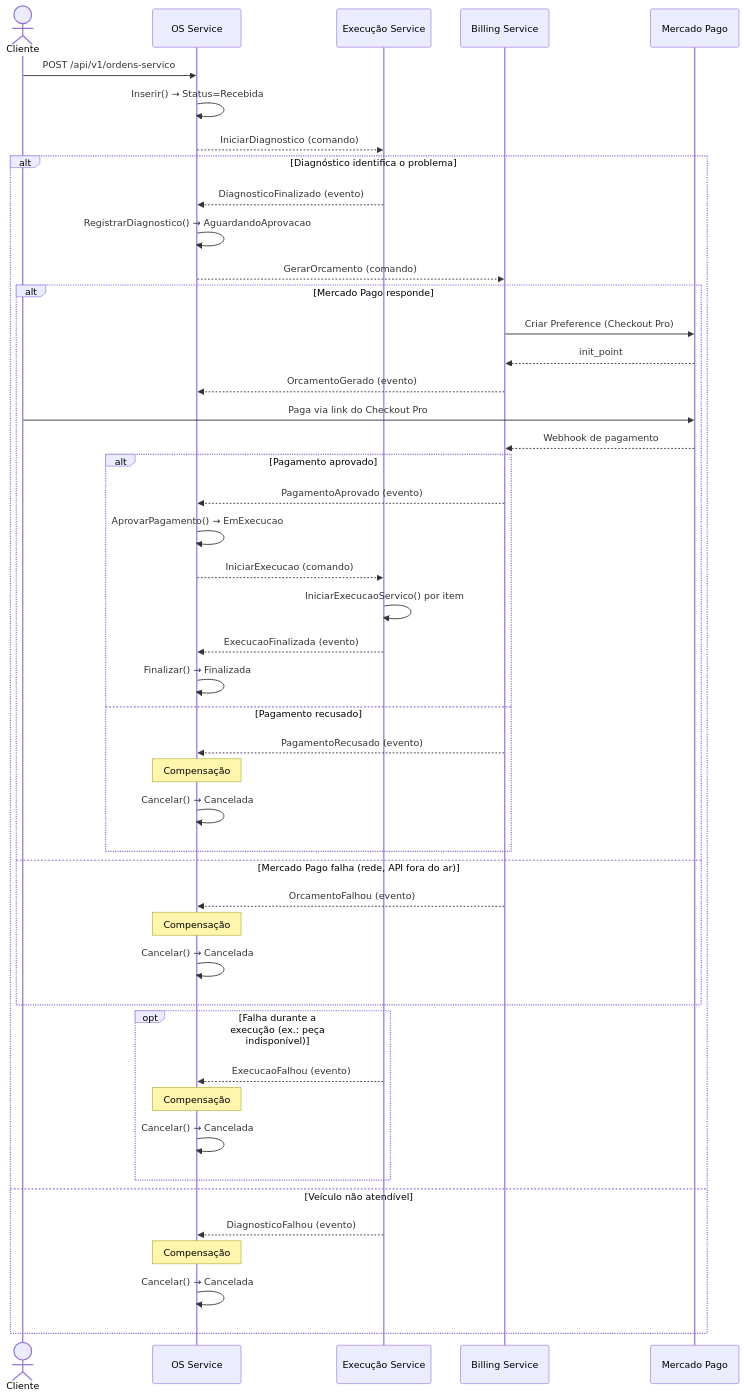
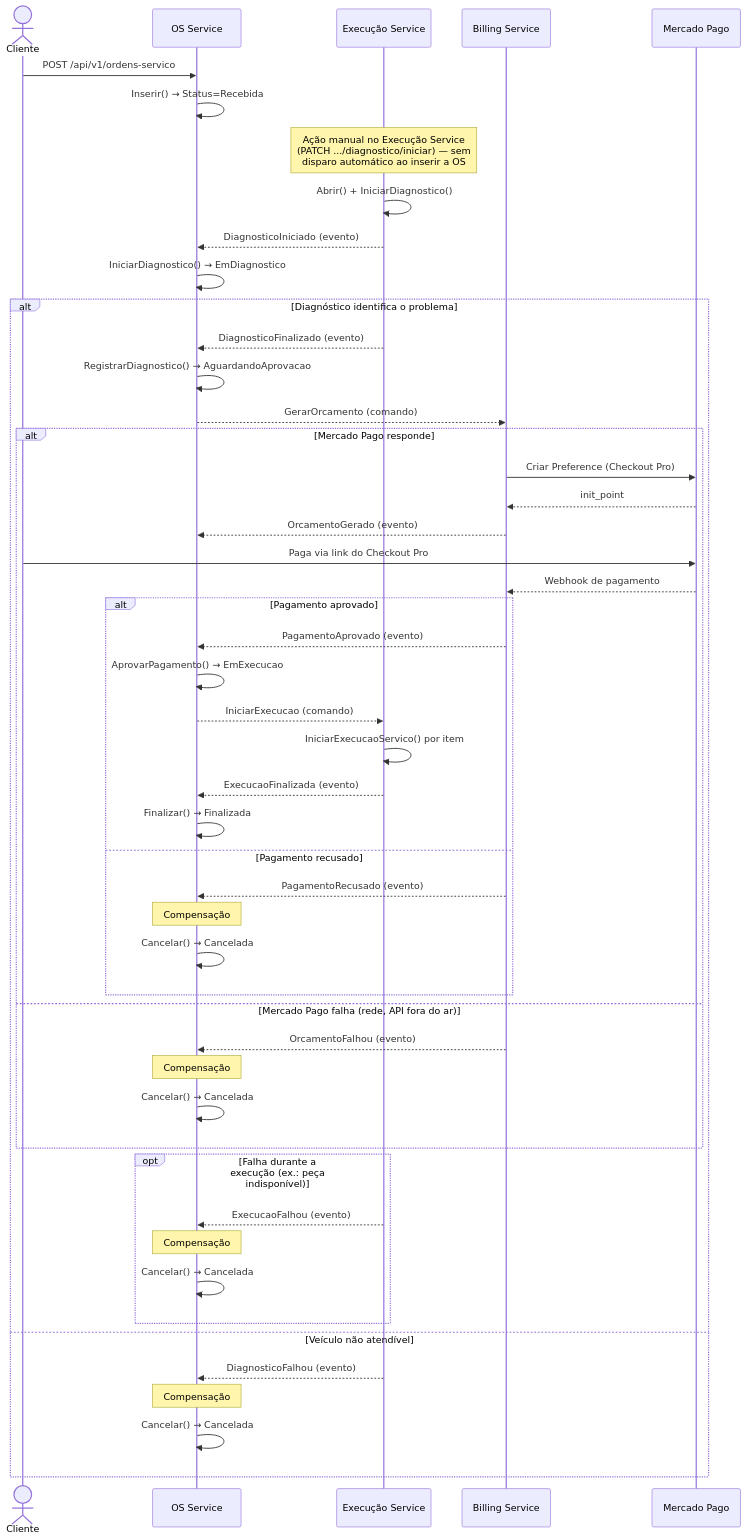
One commit to monnclaro/soat-tech-challenge-os-service changed the fourth of 4 diagrams in docs/architecture.md. Above: the diagram before and after it, drawn with Mermaid. The commit also changed other lines of this file and 12 other files, not shown here.

First line of the commit message:
fix: diagnostico sempre iniciado por acao manual, nunca por comando automatico

````diff
--- a/docs/architecture.md
+++ b/docs/architecture.md
@@ -89,53 +89,56 @@
 ```mermaid
 sequenceDiagram
     actor Cliente
     participant OS as OS Service
     participant Exec as Execução Service
     participant Bill as Billing Service
     participant MP as Mercado Pago
 
     Cliente->>OS: POST /api/v1/ordens-servico
     OS->>OS: Inserir() → Status=Recebida
-    OS-->>Exec: IniciarDiagnostico (comando)
+    Note over Exec: Ação manual no Execução Service<br/>(PATCH .../diagnostico/iniciar) — sem<br/>disparo automático ao inserir a OS
+    Exec->>Exec: Abrir() + IniciarDiagnostico()
+    Exec-->>OS: DiagnosticoIniciado (evento)
+    OS->>OS: IniciarDiagnostico() → EmDiagnostico
 
     alt Diagnóstico identifica o problema
         Exec-->>OS: DiagnosticoFinalizado (evento)
         OS->>OS: RegistrarDiagnostico() → AguardandoAprovacao
         OS-->>Bill: GerarOrcamento (comando)
 
         alt Mercado Pago responde
             Bill->>MP: Criar Preference (Checkout Pro)
             MP-->>Bill: init_point
             Bill-->>OS: OrcamentoGerado (evento)
             Cliente->>MP: Paga via link do Checkout Pro
             MP-->>Bill: Webhook de pagamento
 
             alt Pagamento aprovado
                 Bill-->>OS: PagamentoAprovado (evento)
                 OS->>OS: AprovarPagamento() → EmExecucao
                 OS-->>Exec: IniciarExecucao (comando)
                 Exec->>Exec: IniciarExecucaoServico() por item
                 Exec-->>OS: ExecucaoFinalizada (evento)
                 OS->>OS: Finalizar() → Finalizada
             else Pagamento recusado
                 Bill-->>OS: PagamentoRecusado (evento)
                 Note over OS: Compensação
                 OS->>OS: Cancelar() → Cancelada
             end
         else Mercado Pago falha (rede, API fora do ar)
             Bill-->>OS: OrcamentoFalhou (evento)
             Note over OS: Compensação
             OS->>OS: Cancelar() → Cancelada
         end
 
         opt Falha durante a execução (ex.: peça indisponível)
             Exec-->>OS: ExecucaoFalhou (evento)
             Note over OS: Compensação
             OS->>OS: Cancelar() → Cancelada
         end
     else Veículo não atendível
         Exec-->>OS: DiagnosticoFalhou (evento)
         Note over OS: Compensação
         OS->>OS: Cancelar() → Cancelada
     end
 ```
````
